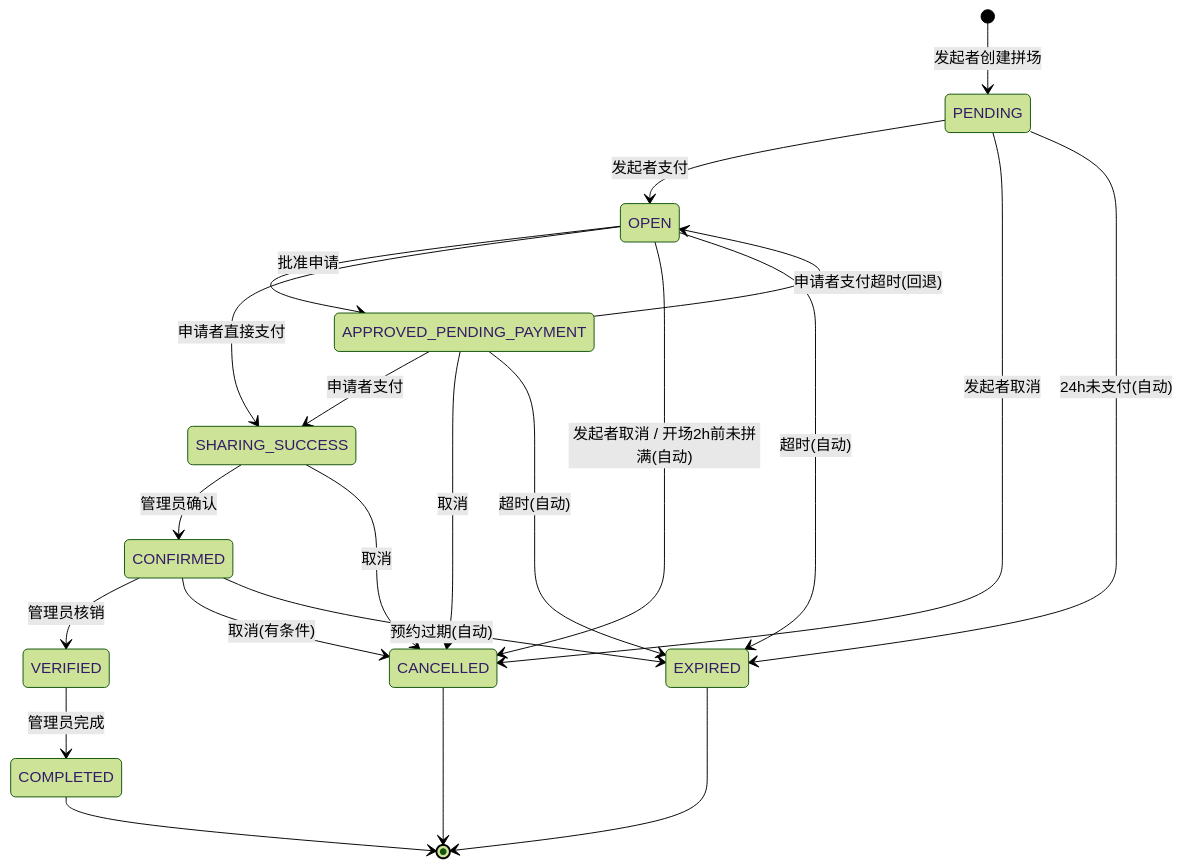
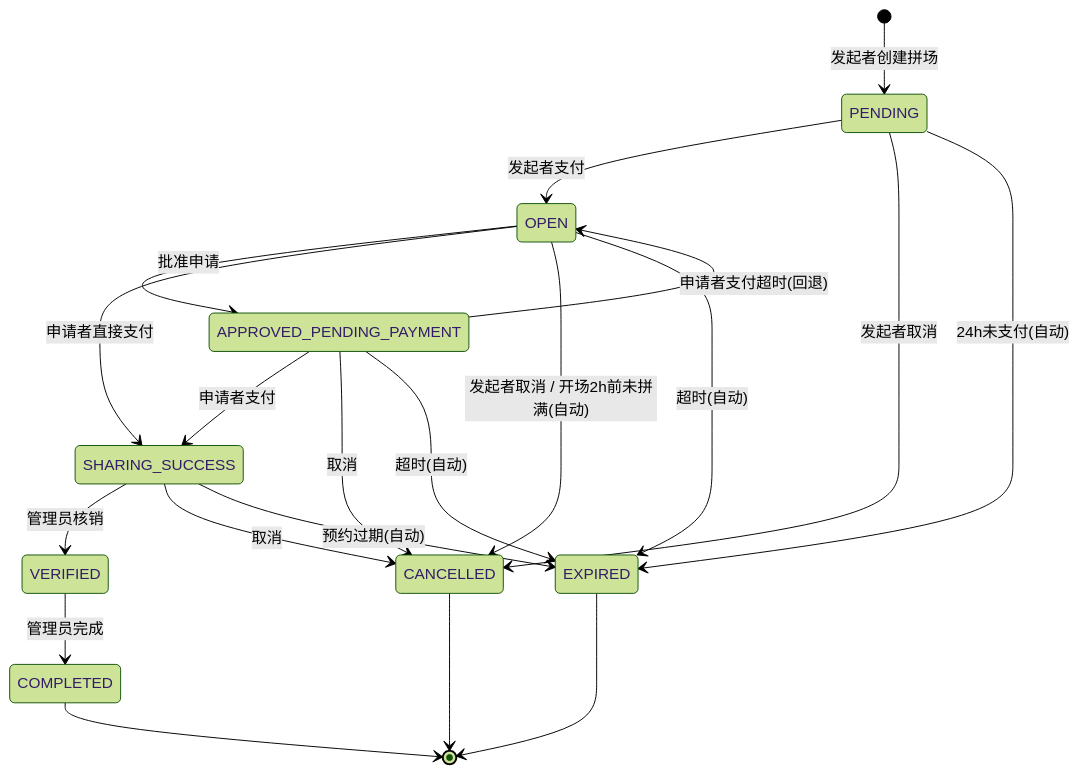
One commit to sevenmans/-2 changed the second of 3 diagrams in 订单状态流转全景图.md. Above: the diagram before and after it, drawn with Mermaid (forest theme). The commit also changed other lines of this file and 9 other files, not shown here.

````diff
--- a/订单状态流转全景图.md
+++ b/订单状态流转全景图.md
@@ -422,30 +401,27 @@
 ```mermaid
 stateDiagram-v2
     [*] --> PENDING: 发起者创建拼场
     PENDING --> OPEN: 发起者支付
     PENDING --> CANCELLED: 发起者取消
     PENDING --> EXPIRED: 24h未支付(自动)
     
     OPEN --> APPROVED_PENDING_PAYMENT: 批准申请
     OPEN --> SHARING_SUCCESS: 申请者直接支付
     OPEN --> CANCELLED: 发起者取消 / 开场2h前未拼满(自动)
     OPEN --> EXPIRED: 超时(自动)
     
     APPROVED_PENDING_PAYMENT --> SHARING_SUCCESS: 申请者支付
     APPROVED_PENDING_PAYMENT --> OPEN: 申请者支付超时(回退)
     APPROVED_PENDING_PAYMENT --> CANCELLED: 取消
     APPROVED_PENDING_PAYMENT --> EXPIRED: 超时(自动)
     
-    SHARING_SUCCESS --> CONFIRMED: 管理员确认
+    SHARING_SUCCESS --> VERIFIED: 管理员核销
     SHARING_SUCCESS --> CANCELLED: 取消
-    
-    CONFIRMED --> VERIFIED: 管理员核销
-    CONFIRMED --> CANCELLED: 取消(有条件)
-    CONFIRMED --> EXPIRED: 预约过期(自动)
+    SHARING_SUCCESS --> EXPIRED: 预约过期(自动)
     
     VERIFIED --> COMPLETED: 管理员完成
     
     COMPLETED --> [*]
     CANCELLED --> [*]
     EXPIRED --> [*]
 ```
````
